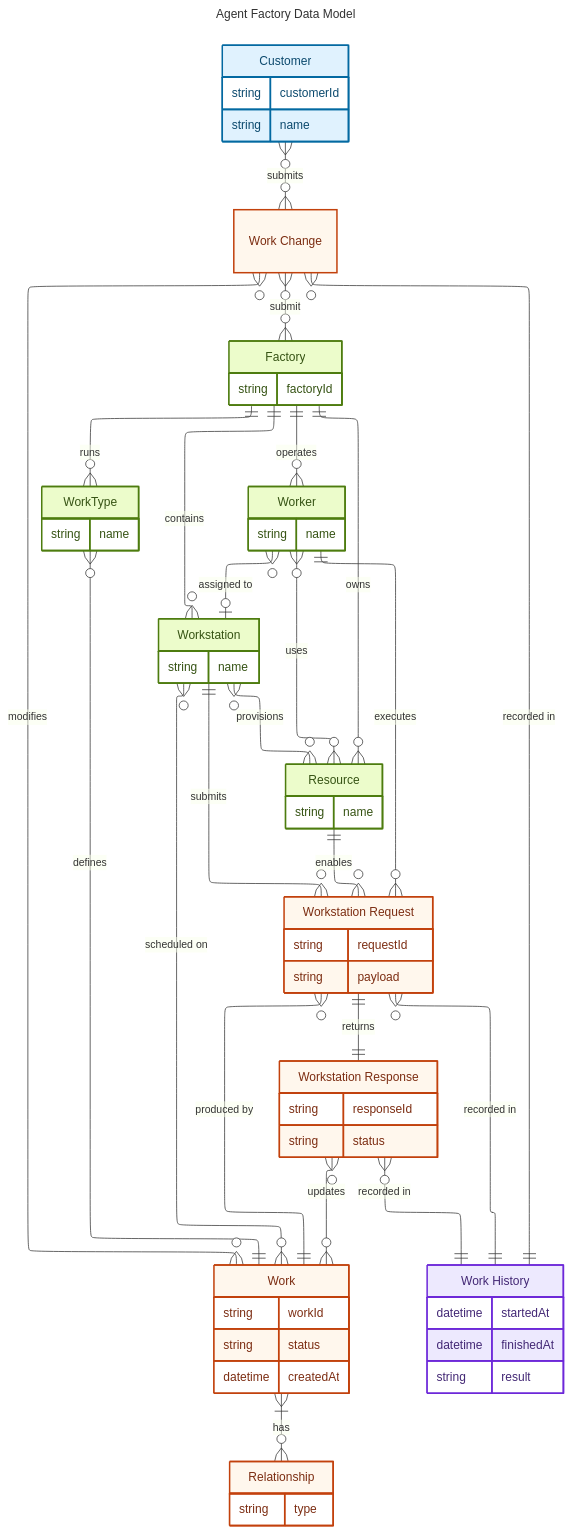
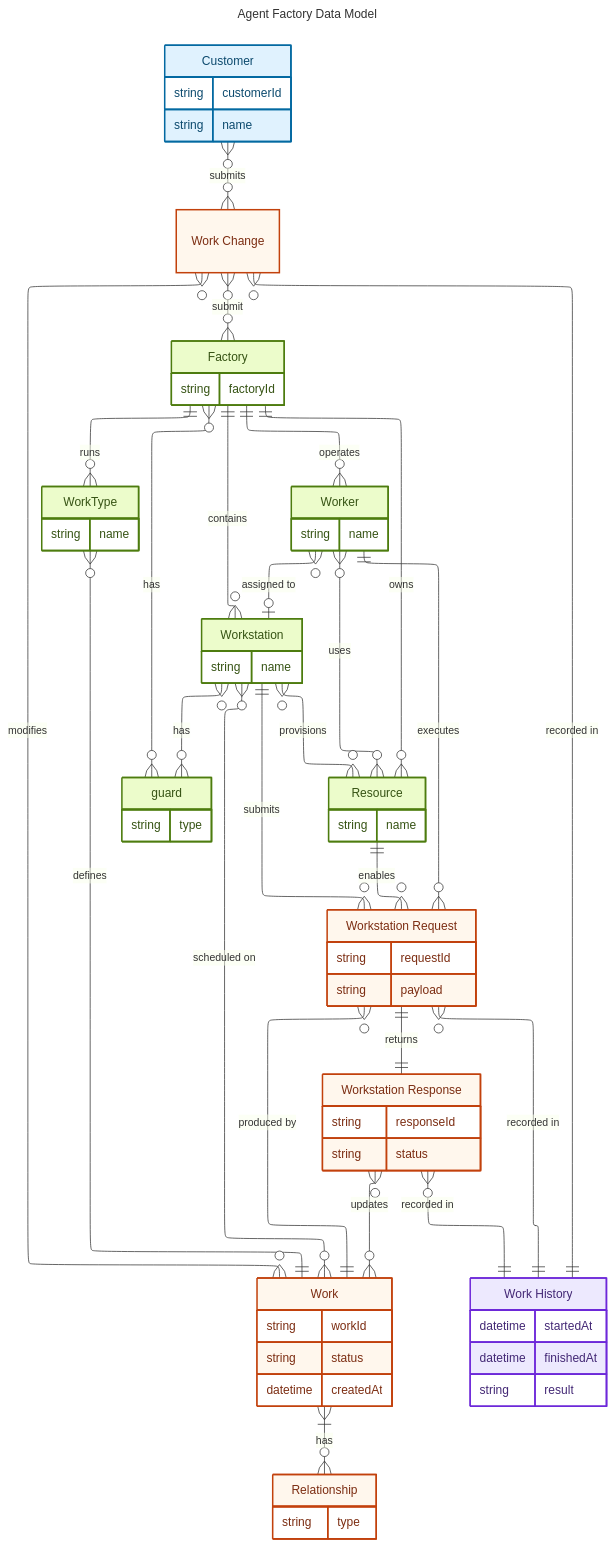
One commit to portpowered/infinite-you changed the second of 2 diagrams in docs/architecture/data-model.md. Above: the diagram before and after it, drawn with Mermaid. The commit also changed other lines of this file and 5 other files, not shown here.

````diff
--- a/docs/architecture/data-model.md
+++ b/docs/architecture/data-model.md
@@ -35,6 +80,9 @@
         string type
     }
 
+    g["guard"] {
+        string type
+    }
     w }|--o{ rel: "has"
     %% Factory internals
     f["Factory"] {
@@ -62,6 +110,9 @@
     wr }o--o| ws : "assigned to"
     wr }o--o{ r: "uses"
     ws }o--o{ r: "provisions"
+
+    ws }o--o{ g : "has"
+    f }o--o{ g : "has"
 
     %% Work request/response lane
     req["Workstation Request"] {
@@ -98,7 +149,7 @@
     resp }o--|| wh: "recorded in"
     chg }o--|| wh: "recorded in"
     class cust customer
-    class f,wt,ws,wr,r factory
+    class f,wt,ws,wr,r,g factory
     class w,rel,chg,req,resp workload
     class wh history
 ```
````
